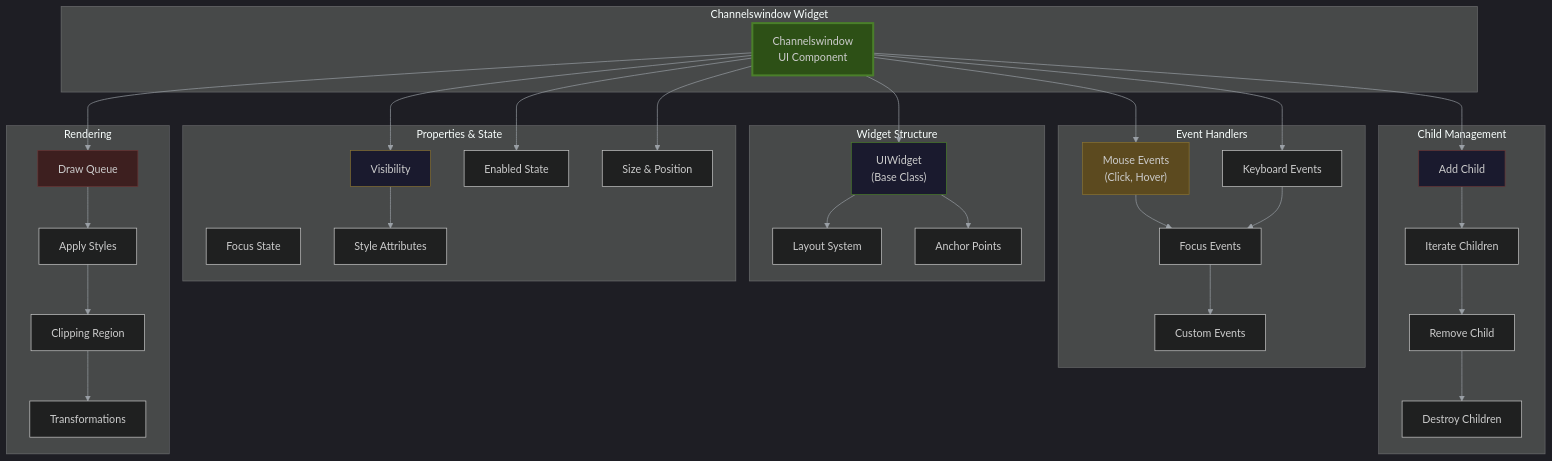
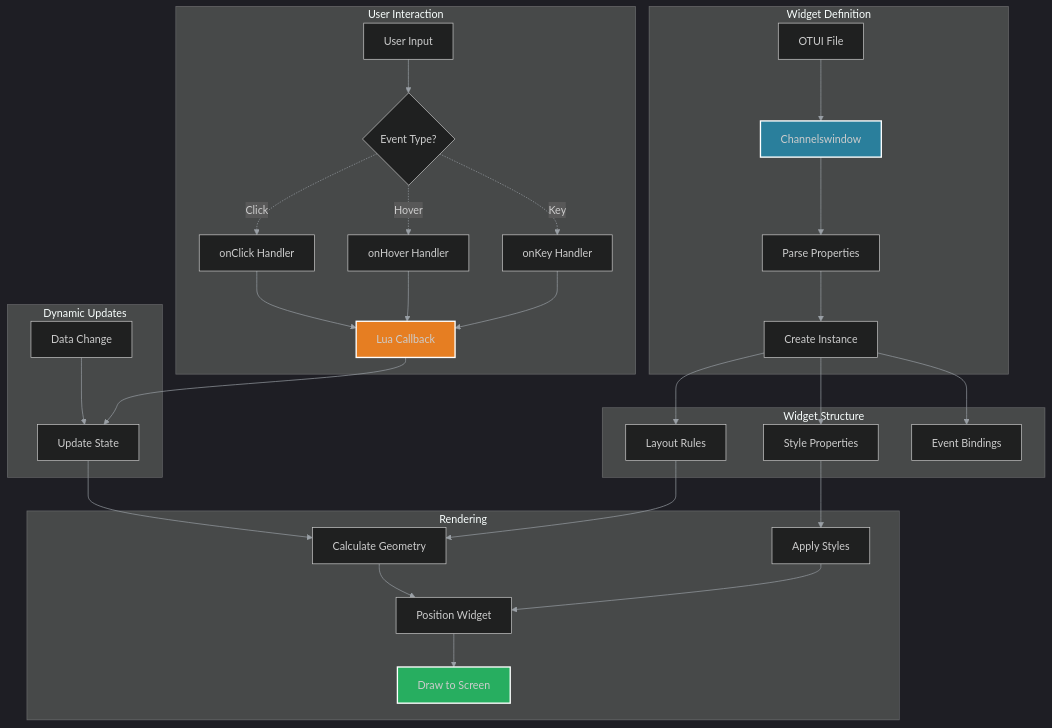
The diagram in docs/authoring/04_ui/otui/diagrams/channelswindow.mmd (lukaszj321/otcv8-dev), drawn with Mermaid before and after one commit. The commit also changed 222 other files, not shown here.

Commit message:
refactor: convert all diagrams to conceptual flow format - no truncation, context-focused

```diff
--- a/docs/authoring/04_ui/otui/diagrams/channelswindow.mmd
+++ b/docs/authoring/04_ui/otui/diagrams/channelswindow.mmd
@@ -1,72 +1,41 @@
 %%{init: {'theme':'dark','themeVariables': {'primaryTextColor':'#ddd','lineColor':'#9aa0a6'},'securityLevel':'loose'}}%%
-graph TB
-    subgraph Widget["Channelswindow Widget"]
-        W["Channelswindow<br/>UI Component"]
+graph TD
+    subgraph Definition["Widget Definition"]
+        A[OTUI File] --> B[Channelswindow]
+        B --> C[Parse Properties]
+        C --> D[Create Instance]
     end
-    
+
     subgraph Structure["Widget Structure"]
-        BASE["UIWidget<br/>(Base Class)"]
-        LAYOUT["Layout System"]
-        ANCHORS["Anchor Points"]
+        D --> E[Layout Rules]
+        D --> F[Style Properties]
+        D --> G[Event Bindings]
     end
-    
-    subgraph Properties["Properties & State"]
-        VISIBLE["Visibility"]
-        ENABLED["Enabled State"]
-        FOCUS["Focus State"]
-        SIZE["Size & Position"]
-        STYLE["Style Attributes"]
+
+    subgraph Rendering["Rendering"]
+        E --> H[Calculate Geometry]
+        F --> I[Apply Styles]
+        H --> J[Position Widget]
+        I --> J
+        J --> K[Draw to Screen]
     end
-    
-    subgraph Events["Event Handlers"]
-        MOUSE["Mouse Events<br/>(Click, Hover)"]
-        KEYBOARD["Keyboard Events"]
-        FOCUS_EV["Focus Events"]
-        CUSTOM["Custom Events"]
+
+    subgraph Interaction["User Interaction"]
+        L[User Input] --> M{Event Type?}
+        M -.Click.-> N[onClick Handler]
+        M -.Hover.-> O[onHover Handler]
+        M -.Key.-> P[onKey Handler]
+        N --> Q[Lua Callback]
+        O --> Q
+        P --> Q
     end
-    
-    subgraph Children["Child Management"]
-        ADD["Add Child"]
-        REMOVE["Remove Child"]
-        ITERATE["Iterate Children"]
-        DESTROY["Destroy Children"]
+
+    subgraph Updates["Dynamic Updates"]
+        Q --> R[Update State]
+        R --> H
+        S[Data Change] --> R
     end
-    
-    subgraph Rendering["Rendering"]
-        DRAW["Draw Queue"]
-        STYLE_RENDER["Apply Styles"]
-        CLIP["Clipping Region"]
-        TRANSFORM["Transformations"]
-    end
-    
-    W --> BASE
-    BASE --> LAYOUT
-    BASE --> ANCHORS
-    
-    W --> VISIBLE
-    W --> ENABLED
-    W --> SIZE
-    VISIBLE --> STYLE
-    
-    W --> MOUSE
-    W --> KEYBOARD
-    MOUSE --> FOCUS_EV
-    KEYBOARD --> FOCUS_EV
-    FOCUS_EV --> CUSTOM
-    
-    W --> ADD
-    ADD --> ITERATE
-    ITERATE --> REMOVE
-    REMOVE --> DESTROY
-    
-    W --> DRAW
-    DRAW --> STYLE_RENDER
-    STYLE_RENDER --> CLIP
-    CLIP --> TRANSFORM
-    
-    style W fill:#2d5016,stroke:#4a7f2a,stroke-width:3px
-    style BASE fill:#1a1a2e,stroke:#4a7f2a
-    style VISIBLE fill:#1a1a2e,stroke:#8b7332
-    style MOUSE fill:#5c4a1f,stroke:#8b7332
-    style ADD fill:#1a1a2e,stroke:#6b3535
-    style DRAW fill:#3d1f1f,stroke:#6b3535
+
+    style B fill:#2a7f9c,stroke:#fff,stroke-width:2px
+    style K fill:#27ae60,stroke:#fff,stroke-width:2px
+    style Q fill:#e67e22,stroke:#fff,stroke-width:2px
```
